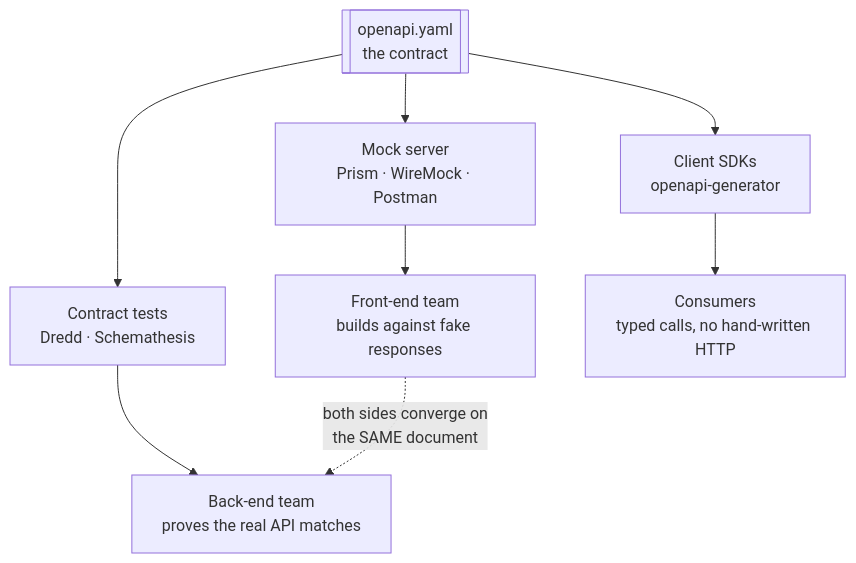
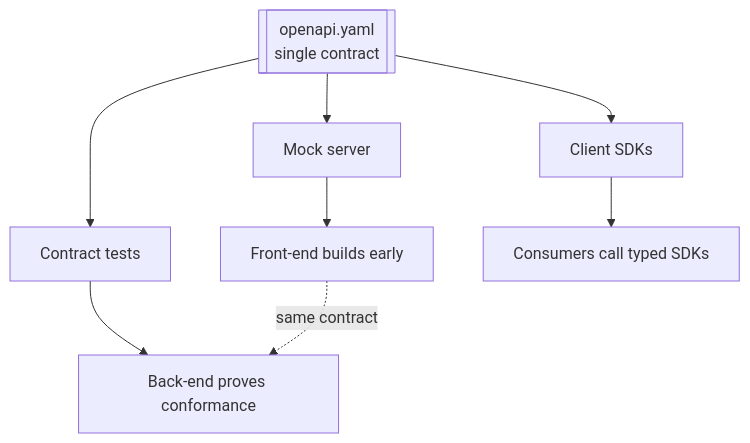
The fifth of 13 diagrams in 2026-2027-Sem1/AIMLCZG549-APIDrivenCloudNativeSolutions/notes/S01-api-basics.md (sanjaykumarpushadapu/MTech), drawn with Mermaid before and after one commit. The commit also changed other lines of this file and 4 other files, not shown here.

````diff
--- a/2026-2027-Sem1/AIMLCZG549-APIDrivenCloudNativeSolutions/notes/S01-api-basics.md
+++ b/2026-2027-Sem1/AIMLCZG549-APIDrivenCloudNativeSolutions/notes/S01-api-basics.md
@@ -298,10 +299,10 @@
 ```mermaid
 flowchart TD
-    SPEC[["openapi.yaml<br/>the contract"]] --> MOCK["Mock server<br/>Prism · WireMock · Postman"]
-    SPEC --> CLIENT["Client SDKs<br/>openapi-generator"]
-    SPEC --> TESTS["Contract tests<br/>Dredd · Schemathesis"]
-    MOCK --> FE["Front-end team<br/>builds against fake responses"]
-    CLIENT --> CONS["Consumers<br/>typed calls, no hand-written HTTP"]
-    TESTS --> BE["Back-end team<br/>proves the real API matches"]
-    FE -.->|"both sides converge on<br/>the SAME document"| BE
+    SPEC[["openapi.yaml<br/>single contract"]] --> MOCK["Mock server"]
+    SPEC --> CLIENT["Client SDKs"]
+    SPEC --> TESTS["Contract tests"]
+    MOCK --> FE["Front-end builds early"]
+    CLIENT --> CONS["Consumers call typed SDKs"]
+    TESTS --> BE["Back-end proves conformance"]
+    FE -.->|"same contract"| BE
 ```
````
